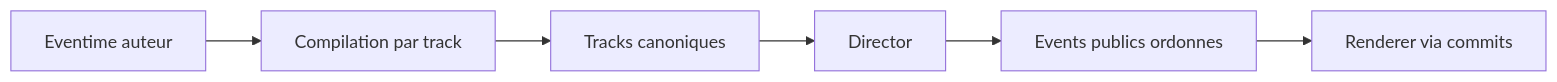
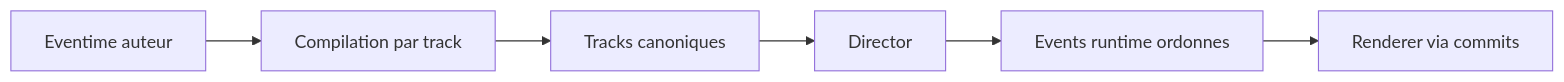
The diagram in evolution/formalisation-modele/04-eventime-model.md (vitreene/codplay), drawn with Mermaid before and after one commit. The commit also changed other lines of this file and 30 other files, not shown here.

````diff
--- a/evolution/formalisation-modele/04-eventime-model.md
+++ b/evolution/formalisation-modele/04-eventime-model.md
@@ -168,8 +181,8 @@
 ```mermaid
 flowchart LR
   A[Eventime auteur] --> C[Compilation par track]
   C --> T[Tracks canoniques]
   T --> D[Director]
-  D --> E[Events publics ordonnes]
+  D --> E[Events runtime ordonnes]
   E --> R[Renderer via commits]
 ```
````
